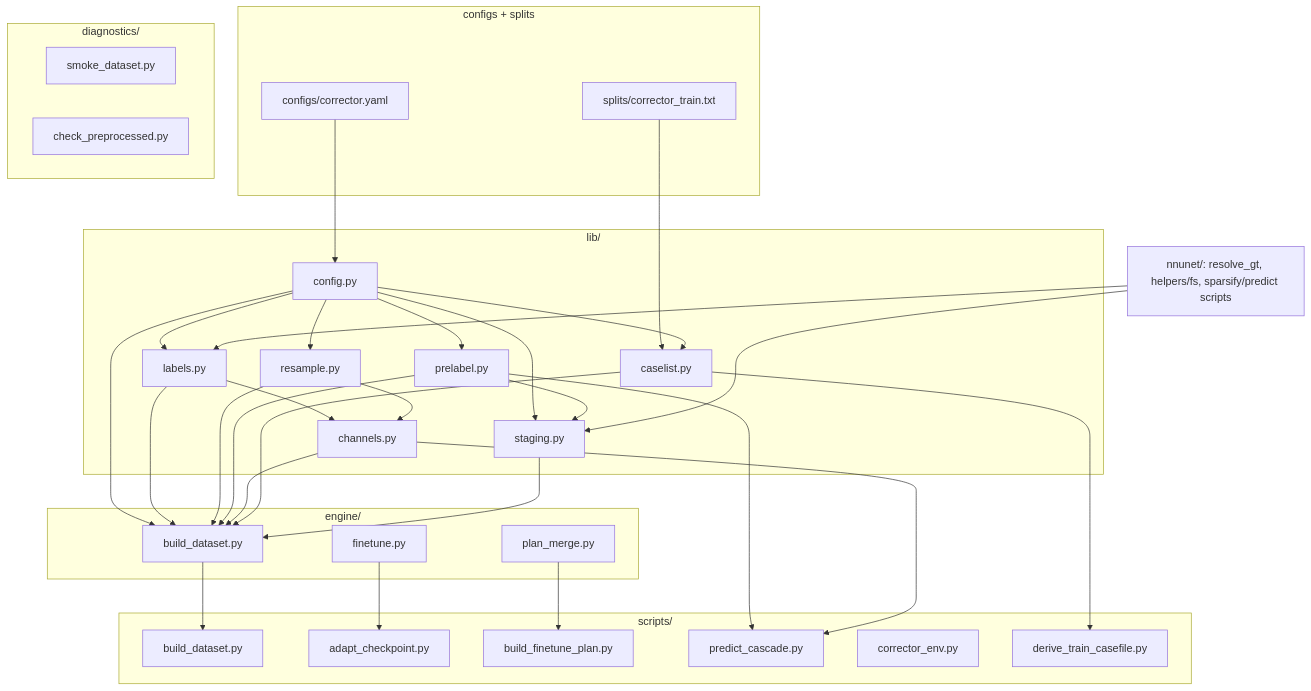
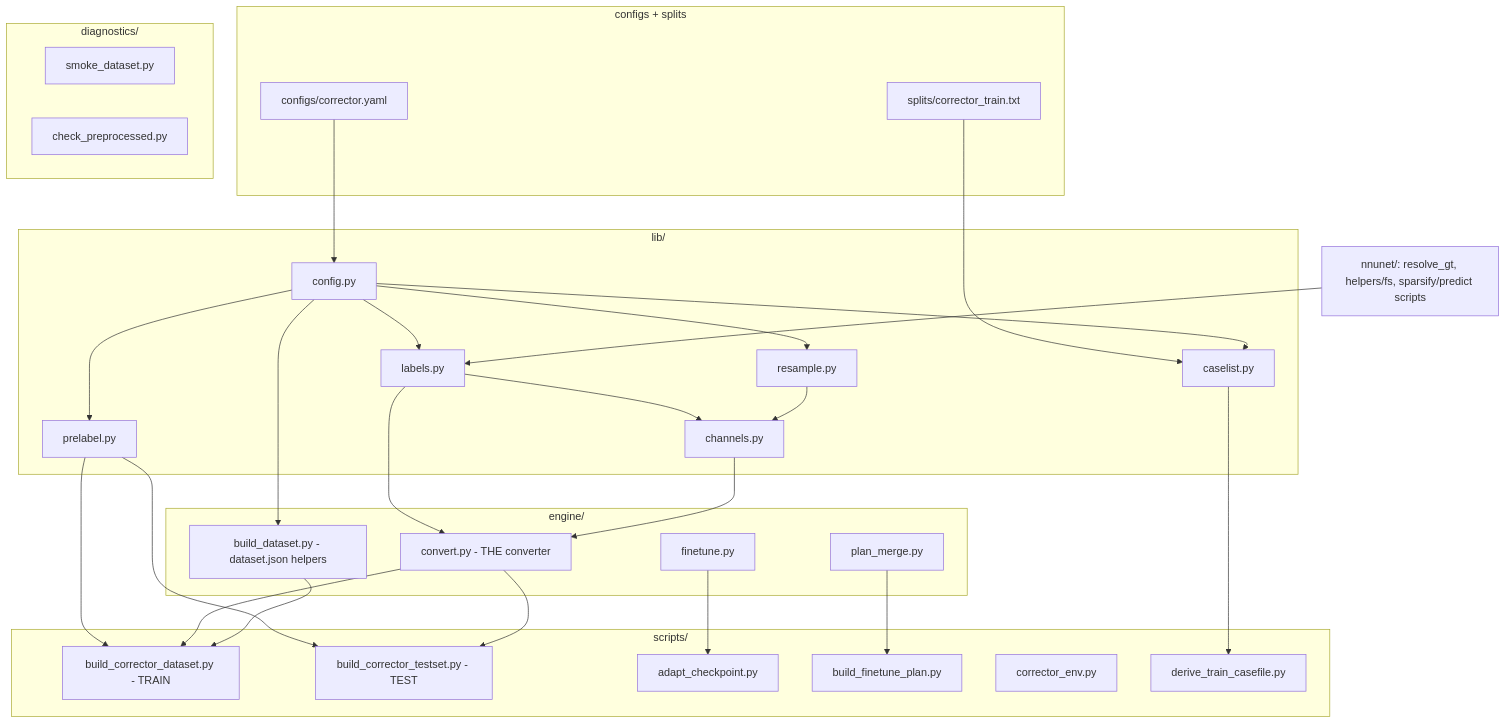
The second of 2 diagrams in nnunet-c/README.md (Zhenhan-Lin/CNISP), drawn with Mermaid before and after one commit. The commit also changed other lines of this file and 18 other files, not shown here.

````diff
--- a/nnunet-c/README.md
+++ b/nnunet-c/README.md
@@ -61,46 +61,46 @@
 ```mermaid
 flowchart TD
   subgraph cfgsplit [configs + splits]
     CY[configs/corrector.yaml]
     SP[splits/corrector_train.txt]
   end
   subgraph libpkg [lib/]
     LC[config.py]
     LR[resample.py]
     LL[labels.py]
     LCH[channels.py]
     LCL[caselist.py]
     LP[prelabel.py]
-    LS[staging.py]
   end
   subgraph eng [engine/]
-    EB[build_dataset.py]
+    EB[build_dataset.py - dataset.json helpers]
+    EC[convert.py - THE converter]
     EF[finetune.py]
     EP[plan_merge.py]
   end
   subgraph scr [scripts/]
-    SBD[build_dataset.py]
+    SBD[build_corrector_dataset.py - TRAIN]
+    SBT[build_corrector_testset.py - TEST]
     SAC[adapt_checkpoint.py]
     SBF[build_finetune_plan.py]
-    SPC[predict_cascade.py]
     SCE[corrector_env.py]
     SDT[derive_train_casefile.py]
   end
   subgraph dia [diagnostics/]
     DS[smoke_dataset.py]
     DC[check_preprocessed.py]
   end
   CY --> LC
   SP --> LCL
-  LC --> LR & LL & LCL & LP & LS & EB
-  LL --> LCH & EB
-  LR --> LCH & EB
-  LP --> LS & EB & SPC
-  LCH --> EB & SPC
-  LCL --> EB & SDT
-  LS --> EB
+  LC --> LR & LL & LCL & LP & EB
+  LL --> LCH & EC
+  LR --> LCH
+  LP --> SBD & SBT
+  LCH --> EC
+  LCL --> SDT
+  EC --> SBD & SBT
   EB --> SBD
   EF --> SAC
   EP --> SBF
-  reuse["nnunet/: resolve_gt, helpers/fs, sparsify/predict scripts"] --> LL & LS
+  reuse["nnunet/: resolve_gt, helpers/fs, sparsify/predict scripts"] --> LL
 ```
````
